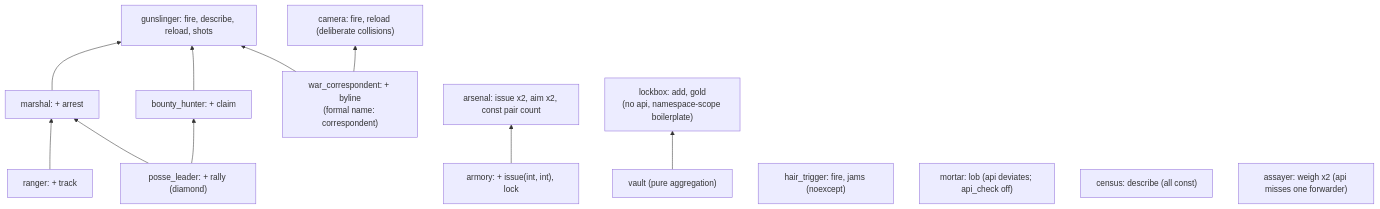
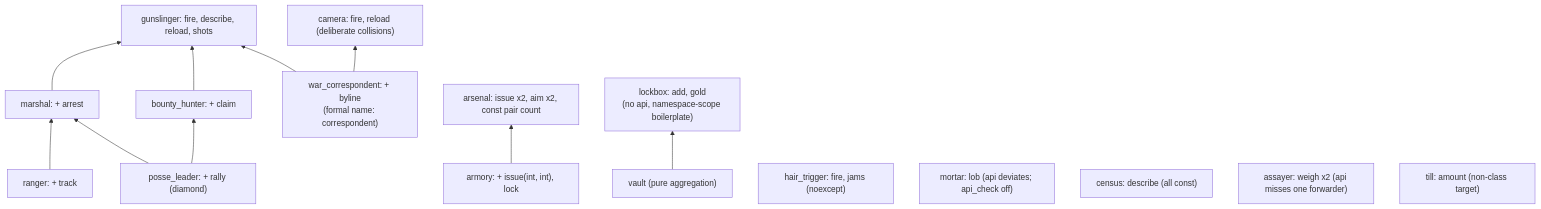
Before and after one commit to stevensudit/Corvid: the seventh of 8 diagrams in corvid/meta/proxy.md, drawn with Mermaid. The commit also changed other lines of this file and 22 other files, not shown here.

````diff
--- a/corvid/meta/proxy.md
+++ b/corvid/meta/proxy.md
@@ -1752,20 +1768,21 @@
 ```mermaid
 flowchart BT
     gunslinger["gunslinger: fire, describe, reload, shots"]
     camera["camera: fire, reload (deliberate collisions)"]
     marshal["marshal: + arrest"] --> gunslinger
     bounty_hunter["bounty_hunter: + claim"] --> gunslinger
     ranger["ranger: + track"] --> marshal
     posse_leader["posse_leader: + rally (diamond)"] --> marshal
     posse_leader --> bounty_hunter
     war_correspondent["war_correspondent: + byline<br>(formal name: correspondent)"] --> gunslinger
     war_correspondent --> camera
     arsenal["arsenal: issue x2, aim x2, const pair count"]
     armory["armory: + issue(int, int), lock"] --> arsenal
     lockbox["lockbox: add, gold<br>(no api, namespace-scope boilerplate)"]
     vault["vault (pure aggregation)"] --> lockbox
     hair_trigger["hair_trigger: fire, jams (noexcept)"]
     mortar["mortar: lob (api deviates; api_check off)"]
     census["census: describe (all const)"]
     assayer["assayer: weigh x2 (api misses one forwarder)"]
+    till["till: amount (non-class target)"]
 ```
````
